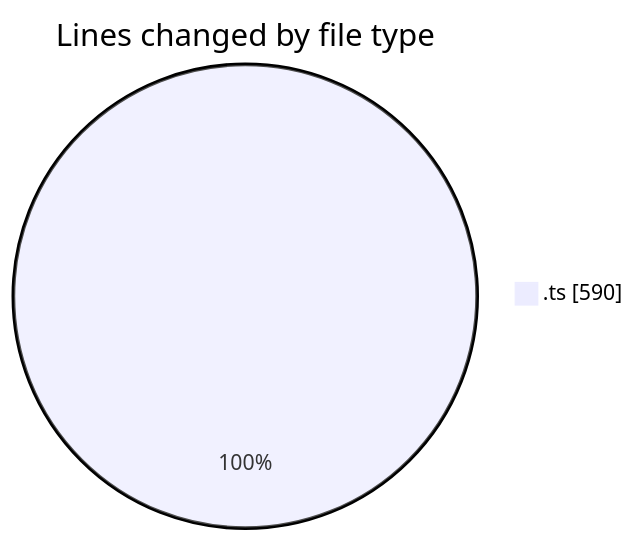
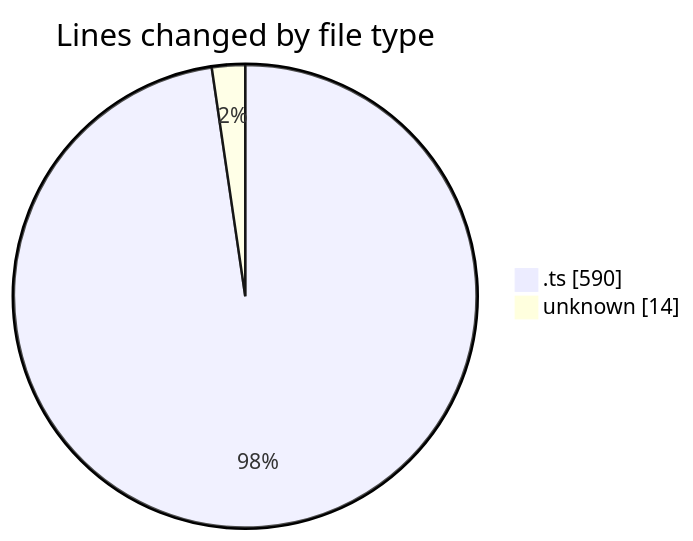
The first of 2 diagrams in 2026-02-06/singularitybrainai/README.md (tmsrecording-cyber/code-tracking), drawn with Mermaid before and after one commit. The commit also changed other lines of this file and 1 other file, not shown here.

````diff
--- a/2026-02-06/singularitybrainai/README.md
+++ b/2026-02-06/singularitybrainai/README.md
@@ -22,5 +23,6 @@
 ```mermaid
 pie showData
 title Lines changed by file type
 ".ts" : 590
+"unknown" : 14
 ```
````
